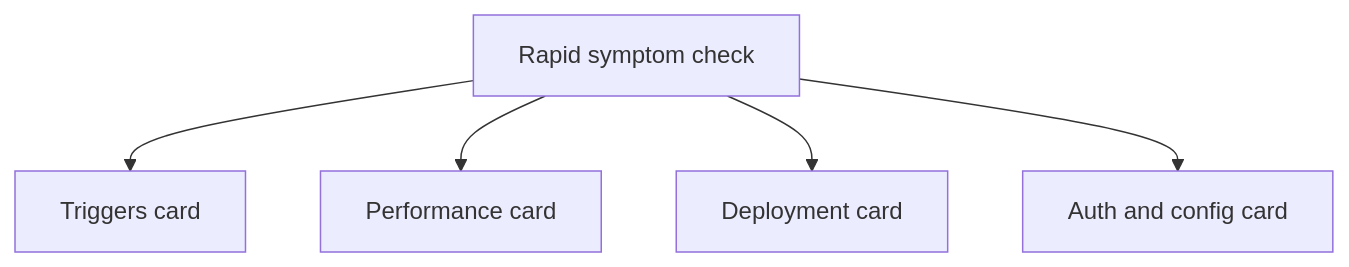
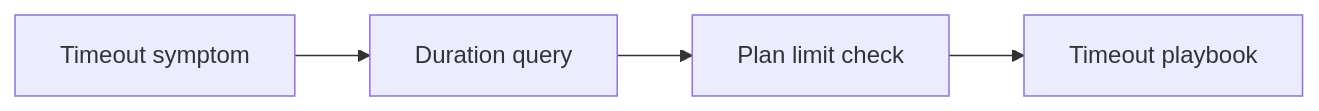
The fourth of 7 diagrams in docs/troubleshooting/quick-diagnosis-cards.md (yeongseon/azure-functions-practical-guide), drawn with Mermaid before and after one commit. The commit also changed other lines of this file and 3 other files, not shown here.

````diff
--- a/docs/troubleshooting/quick-diagnosis-cards.md
+++ b/docs/troubleshooting/quick-diagnosis-cards.md
@@ -7,7 +147,6 @@
 ```mermaid
-graph TD
-    A[Rapid symptom check] --> B[Triggers card]
-    A --> C[Performance card]
-    A --> D[Deployment card]
-    A --> E[Auth and config card]
+graph LR
+    A[Timeout symptom] --> B[Duration query]
+    B --> C[Plan limit check]
+    C --> D[Timeout playbook]
 ```
````
